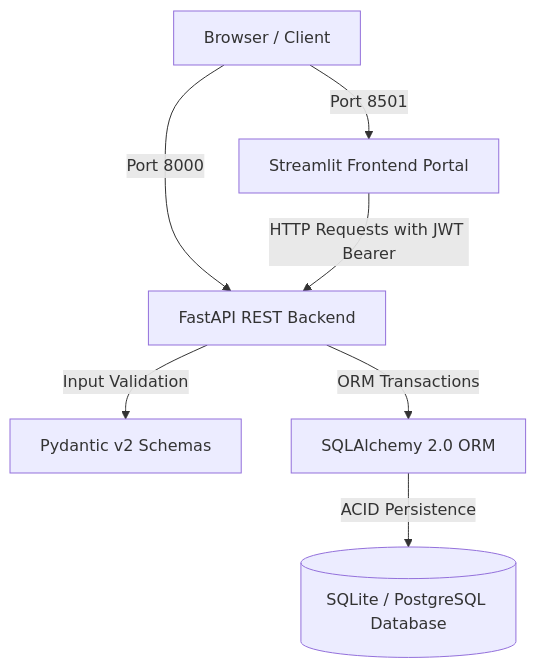
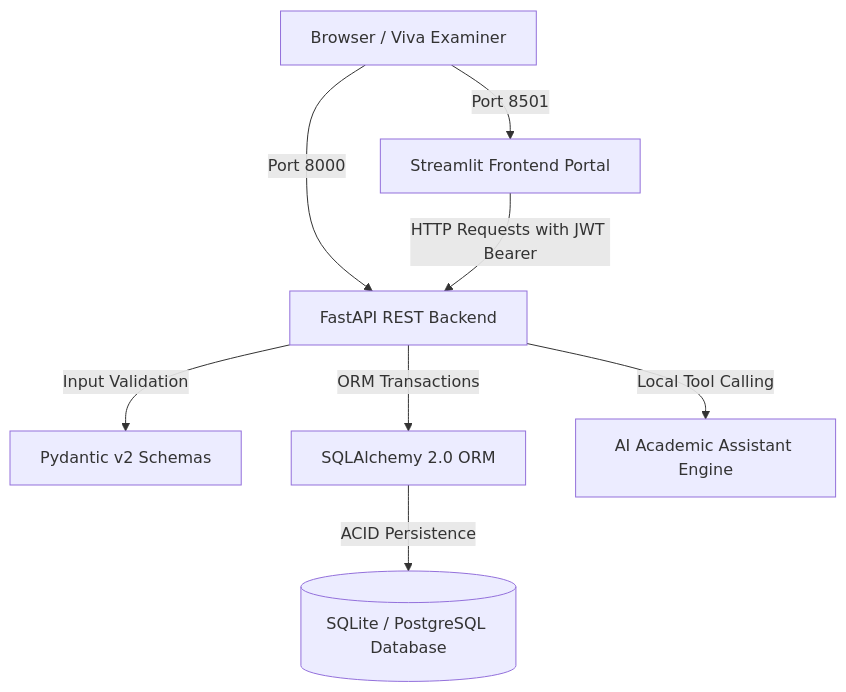
The diagram in README.md (atif-codev7/jamia-sms), drawn with Mermaid before and after one commit. The commit also changed other lines of this file and 4 other files, not shown here.

Commit message:
feat: complete flagship suite with AI tool calling, recovery simulator, admit card gate, batch roll-call, and 24 pytest tests

````diff
--- a/README.md
+++ b/README.md
@@ -30,9 +49,10 @@
 ```mermaid
 graph TD
-    Client[Browser / Client] -->|Port 8501| Streamlit[Streamlit Frontend Portal]
+    Client[Browser / Viva Examiner] -->|Port 8501| Streamlit[Streamlit Frontend Portal]
     Client -->|Port 8000| FastAPI[FastAPI REST Backend]
     Streamlit -->|HTTP Requests with JWT Bearer| FastAPI
     FastAPI -->|Input Validation| Pydantic[Pydantic v2 Schemas]
     FastAPI -->|ORM Transactions| SQLAlchemy[SQLAlchemy 2.0 ORM]
     SQLAlchemy -->|ACID Persistence| DB[(SQLite / PostgreSQL Database)]
+    FastAPI -->|Local Tool Calling| AIAgent[AI Academic Assistant Engine]
 ```
````
